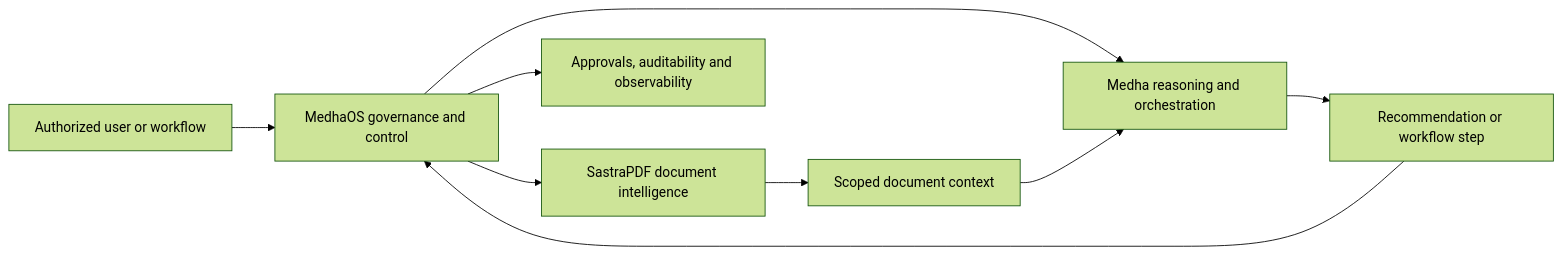
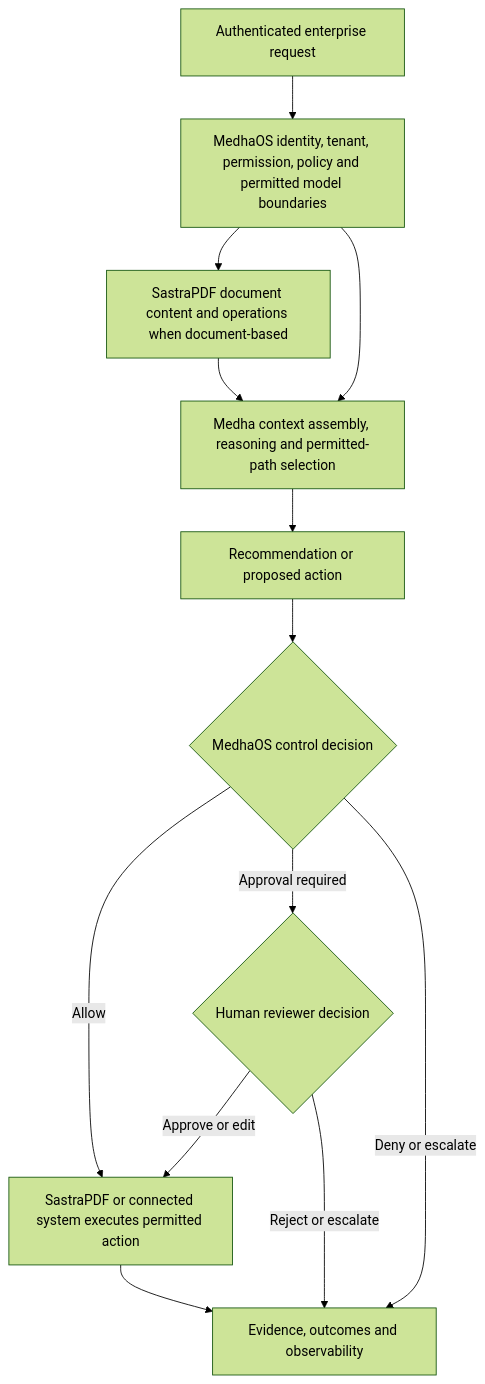
One commit to sastra-innovations/sastra-public-docs changed the diagram in docs/product-stack.md. Above: the diagram before and after it, drawn with Mermaid (forest theme). The commit also changed other lines of this file and 14 other files, not shown here.

````diff
--- a/docs/product-stack.md
+++ b/docs/product-stack.md
@@ -22,11 +22,15 @@
 ```mermaid
-flowchart LR
-  User["Authorized user or workflow"] --> Control["MedhaOS governance and control"]
-  Control --> Reasoning["Medha reasoning and orchestration"]
-  Control --> Docs["SastraPDF document intelligence"]
-  Docs --> Context["Scoped document context"]
-  Context --> Reasoning
-  Reasoning --> Step["Recommendation or workflow step"]
-  Step --> Control
-  Control --> Audit["Approvals, auditability and observability"]
+flowchart TD
+  Request["Authenticated enterprise request"] --> OS1["MedhaOS identity, tenant, permission, policy and permitted model boundaries"]
+  OS1 --> PDF["SastraPDF document content and operations when document-based"]
+  OS1 --> Medha["Medha context assembly, reasoning and permitted-path selection"]
+  PDF --> Medha
+  Medha --> Proposal["Recommendation or proposed action"]
+  Proposal --> Decision{"MedhaOS control decision"}
+  Decision -->|Allow| Execute["SastraPDF or connected system executes permitted action"]
+  Decision -->|Approval required| Human{"Human reviewer decision"}
+  Decision -->|Deny or escalate| Evidence["Evidence, outcomes and observability"]
+  Human -->|Approve or edit| Execute
+  Human -->|Reject or escalate| Evidence
+  Execute --> Evidence
 ```
````
